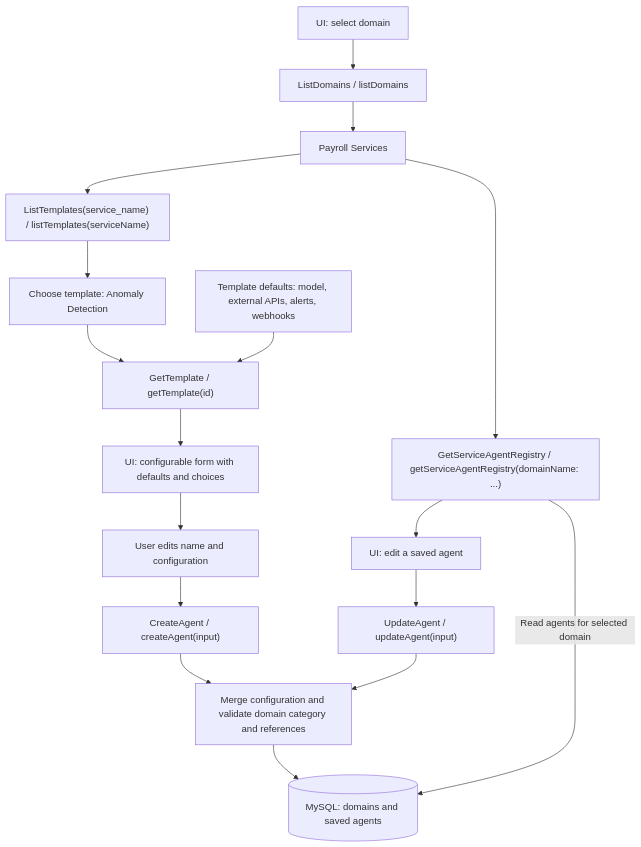
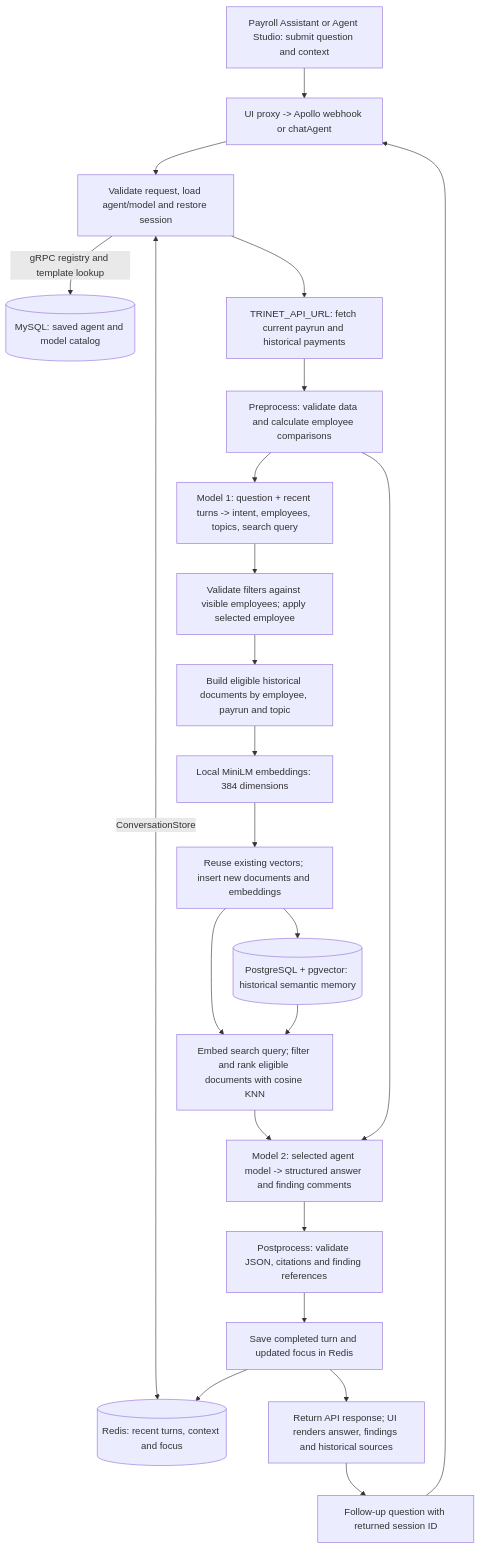
One commit to Tri-Hackathon-Inc/Payroll-Agent changed the first of 3 diagrams in backend/AGENTS.md. Above: the diagram before and after it, drawn with Mermaid. The commit also changed other lines of this file and 62 other files, not shown here.

````diff
--- a/backend/AGENTS.md
+++ b/backend/AGENTS.md
@@ -45,19 +61,25 @@
 ```mermaid
 flowchart TD
-    UI["UI: select domain"] --> Domains["ListDomains / listDomains"]
-    Domains --> Domain["Payroll Services"]
-    Domain --> List["ListTemplates(service_name) / listTemplates(serviceName)"]
-    List --> Choose["Choose template: Anomaly Detection"]
-    Choose --> Detail["GetTemplate / getTemplate(id)"]
-    Config["Template defaults: model, external APIs, alerts, webhooks"] --> Detail
-    Detail --> Form["UI: configurable form with defaults and choices"]
-    Form --> Input["User edits name and configuration"]
-    Input --> Create["CreateAgent / createAgent(input)"]
-    Create --> Validate["Merge configuration and validate domain category and references"]
-    Validate --> DB[("MySQL: domains and saved agents")]
-    Domain --> Agents["GetServiceAgentRegistry / getServiceAgentRegistry(domainName: ...)"]
-    Agents -->|Read agents for selected domain| DB
-    Agents --> Edit["UI: edit a saved agent"]
-    Edit --> Update["UpdateAgent / updateAgent(input)"]
-    Update --> Validate
+    UI["Payroll Assistant or Agent Studio: submit question and context"] --> API["UI proxy -> Apollo webhook or chatAgent"]
+    API --> Setup["Validate request, load agent/model and restore session"]
+    Setup -->|gRPC registry and template lookup| MySQL[("MySQL: saved agent and model catalog")]
+    Setup <-->|ConversationStore| Redis[("Redis: recent turns, context and focus")]
+    Setup --> Load["TRINET_API_URL: fetch current payrun and historical payments"]
+    Load --> Evidence["Preprocess: validate data and calculate employee comparisons"]
+    Evidence --> Intent["Model 1: question + recent turns -> intent, employees, topics, search query"]
+    Intent --> Filters["Validate filters against visible employees; apply selected employee"]
+    Filters --> Docs["Build eligible historical documents by employee, payrun and topic"]
+    Docs --> Embed["Local MiniLM embeddings: 384 dimensions"]
+    Embed --> Index["Reuse existing vectors; insert new documents and embeddings"]
+    Index --> PG[("PostgreSQL + pgvector: historical semantic memory")]
+    Index --> KNN["Embed search query; filter and rank eligible documents with cosine KNN"]
+    PG --> KNN
+    KNN --> Answer["Model 2: selected agent model -> structured answer and finding comments"]
+    Evidence --> Answer
+    Answer --> Validate["Postprocess: validate JSON, citations and finding references"]
+    Validate --> Save["Save completed turn and updated focus in Redis"]
+    Save --> Redis
+    Save --> Reply["Return API response; UI renders answer, findings and historical sources"]
+    Reply --> Followup["Follow-up question with returned session ID"]
+    Followup --> API
 ```
````
